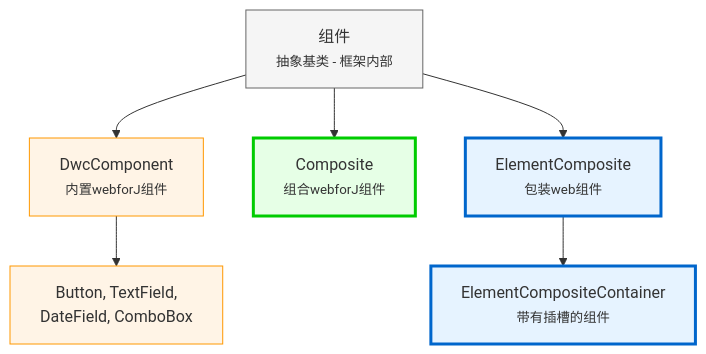
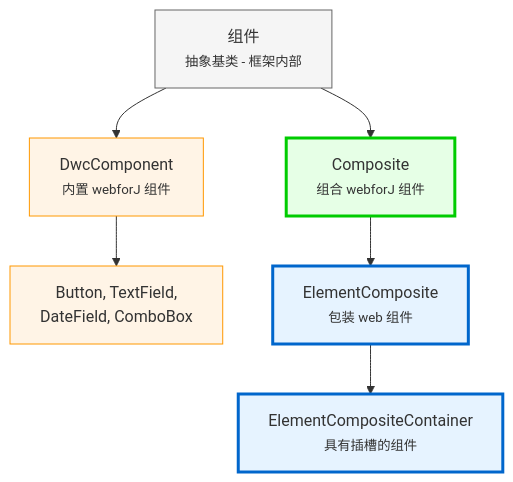
The diagram in docs/i18n/zh/docusaurus-plugin-content-docs/current/building-ui/component-fundamentals.md (webforj/webforj-documentation), drawn with Mermaid before and after one commit. The commit also changed other lines of this file and 389 other files, not shown here.

````diff
--- a/docs/i18n/zh/docusaurus-plugin-content-docs/current/building-ui/component-fundamentals.md
+++ b/docs/i18n/zh/docusaurus-plugin-content-docs/current/building-ui/component-fundamentals.md
@@ -52,22 +52,22 @@
 ```mermaid
 graph TD
-    A[组件<br/><small>抽象基类 - 框架内部</small>]
-    
-    A --> B[DwcComponent<br/><small>内置webforJ组件</small>]
-    A --> C[Composite<br/><small>组合webforJ组件</small>]
-    A --> D[ElementComposite<br/><small>包装web组件</small>]
-    
-    B --> E[Button, TextField,<br/>DateField, ComboBox]
-    
-    D --> F[ElementCompositeContainer<br/><small>带有插槽的组件</small>]
-    
-    style A fill:#f5f5f5,stroke:#666
-    style B fill:#fff4e6,stroke:#ff9800
-    style C fill:#e6ffe6,stroke:#00cc00
-    style D fill:#e6f3ff,stroke:#0066cc
-    style E fill:#fff4e6,stroke:#ff9800
-    style F fill:#e6f3ff,stroke:#0066cc
-    
-    classDef userClass stroke-width:3px
-    class C,D,F userClass
+  A[组件<br/><small>抽象基类 - 框架内部</small>]
+  
+  A --> B[DwcComponent<br/><small>内置 webforJ 组件</small>]
+  A --> C[Composite<br/><small>组合 webforJ 组件</small>]
+  
+  B --> E[Button, TextField,<br/>DateField, ComboBox]
+  
+  C --> D[ElementComposite<br/><small>包装 web 组件</small>]
+  D --> F[ElementCompositeContainer<br/><small>具有插槽的组件</small>]
+  
+  style A fill:#f5f5f5,stroke:#666
+  style B fill:#fff4e6,stroke:#ff9800
+  style C fill:#e6ffe6,stroke:#00cc00
+  style D fill:#e6f3ff,stroke:#0066cc
+  style E fill:#fff4e6,stroke:#ff9800
+  style F fill:#e6f3ff,stroke:#0066cc
+  
+  classDef userClass stroke-width:3px
+  class C,D,F userClass
 ```
````
